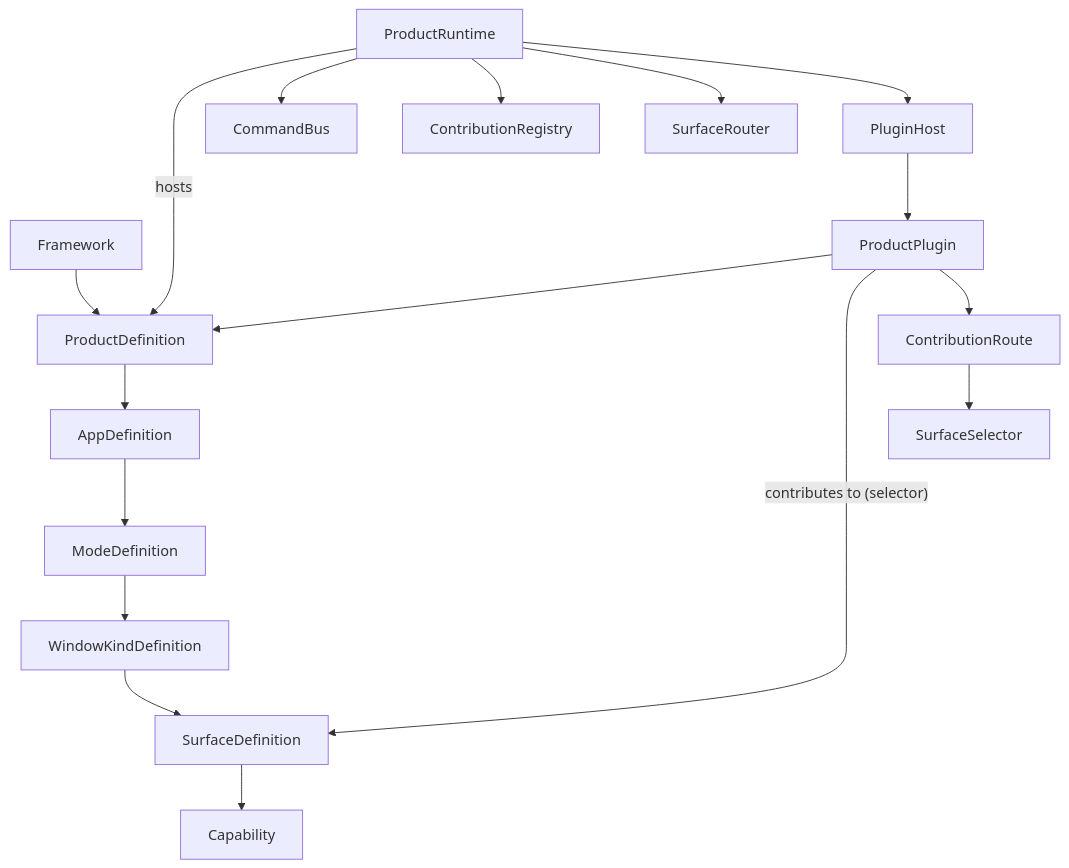
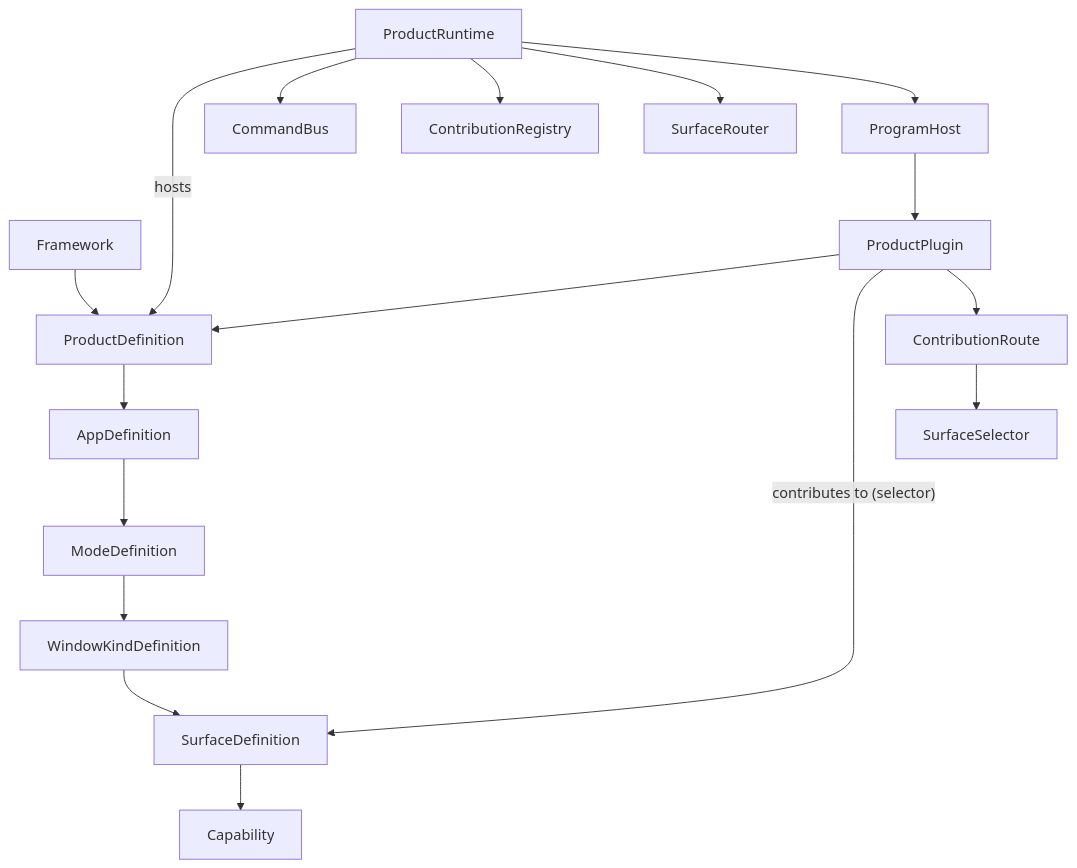
The diagram in .cursor/plans/framework-product-plugins_584184d5.plan.md (usalu/semio), drawn with Mermaid before and after one commit. The commit also changed other lines of this file and 1361 other files, not shown here.

````diff
--- a/.cursor/plans/framework-product-plugins_584184d5.plan.md
+++ b/.cursor/plans/framework-product-plugins_584184d5.plan.md
@@ -34,21 +34,21 @@
 ```mermaid
 flowchart TD
   Framework --> ProductDefinition
   ProductDefinition --> AppDefinition
   AppDefinition --> ModeDefinition
   ModeDefinition --> WindowKindDefinition
   WindowKindDefinition --> SurfaceDefinition
   SurfaceDefinition --> Capability
 
   ProductPlugin --> ProductDefinition
   ProductPlugin -->|"contributes to (selector)"| SurfaceDefinition
   ProductPlugin --> ContributionRoute
   ContributionRoute --> SurfaceSelector
 
   ProductRuntime -->|"hosts"| ProductDefinition
   ProductRuntime --> CommandBus
   ProductRuntime --> ContributionRegistry
   ProductRuntime --> SurfaceRouter
-  ProductRuntime --> PluginHost
-  PluginHost --> ProductPlugin
+  ProductRuntime --> ProgramHost
+  ProgramHost --> ProductPlugin
 ```
````
